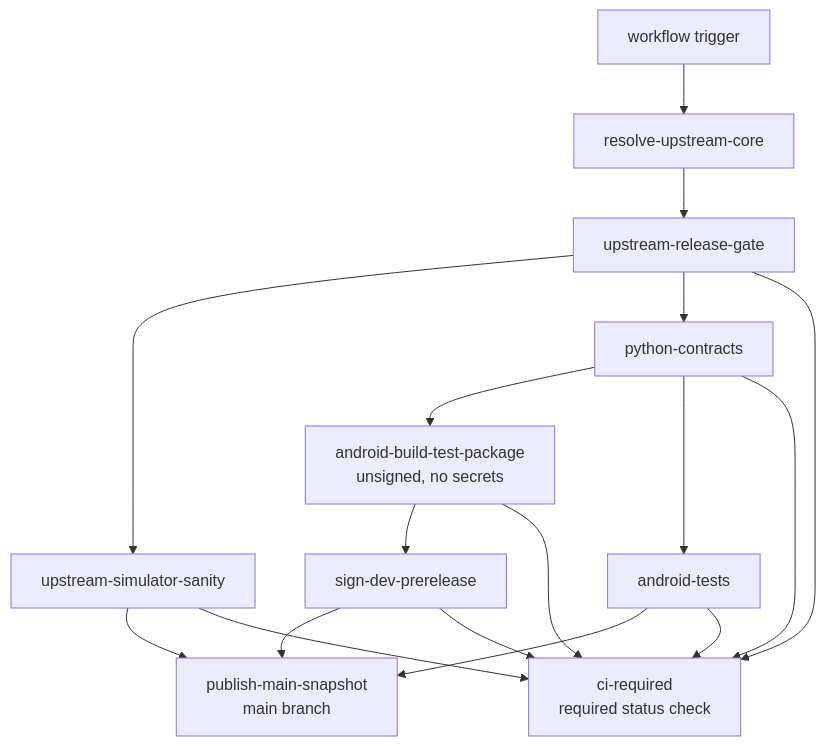
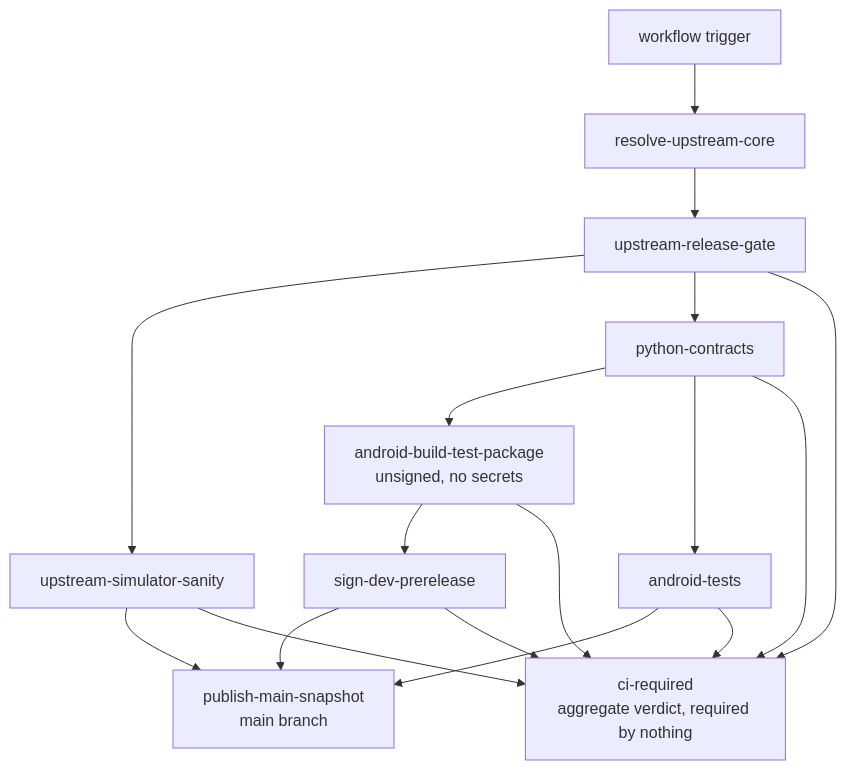
Before and after one commit to ppigazzini/r47zen: the first of 2 diagrams in android/docs/dev/07-ci-and-release-workflow.md, drawn with Mermaid. The commit also changed other lines of this file and 10 other files, not shown here.

````diff
--- a/android/docs/dev/07-ci-and-release-workflow.md
+++ b/android/docs/dev/07-ci-and-release-workflow.md
@@ -18,29 +18,29 @@
 ```mermaid
 flowchart TD
   A[workflow trigger]
   B[resolve-upstream-core]
   C[upstream-release-gate]
   D[upstream-simulator-sanity]
   E[python-contracts]
   F[android-build-test-package<br/>unsigned, no secrets]
   S[sign-dev-prerelease]
   G[android-tests]
   H[publish-main-snapshot<br/>main branch]
-  R[ci-required<br/>required status check]
+  R[ci-required<br/>aggregate verdict, required by nothing]
 
   A --> B --> C
   C --> D
   C --> E
   E --> F
   F --> S
   E --> G
   D --> H
   S --> H
   G --> H
   C --> R
   D --> R
   E --> R
   F --> R
   S --> R
   G --> R
 ```
````
